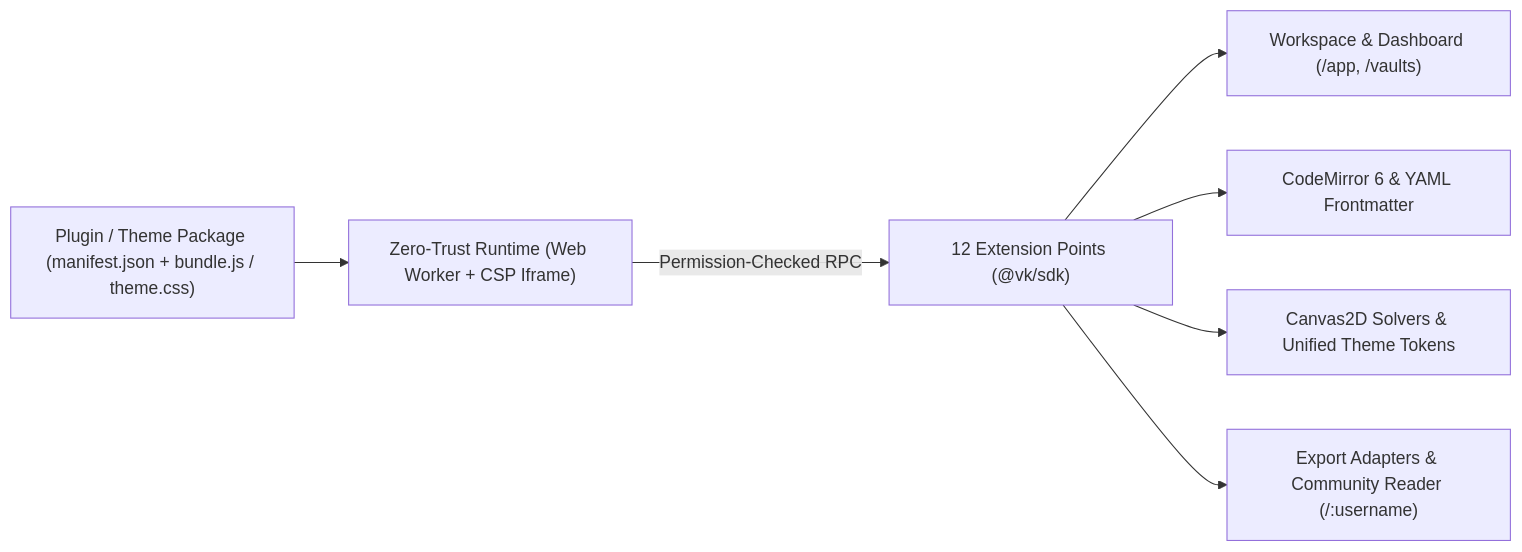
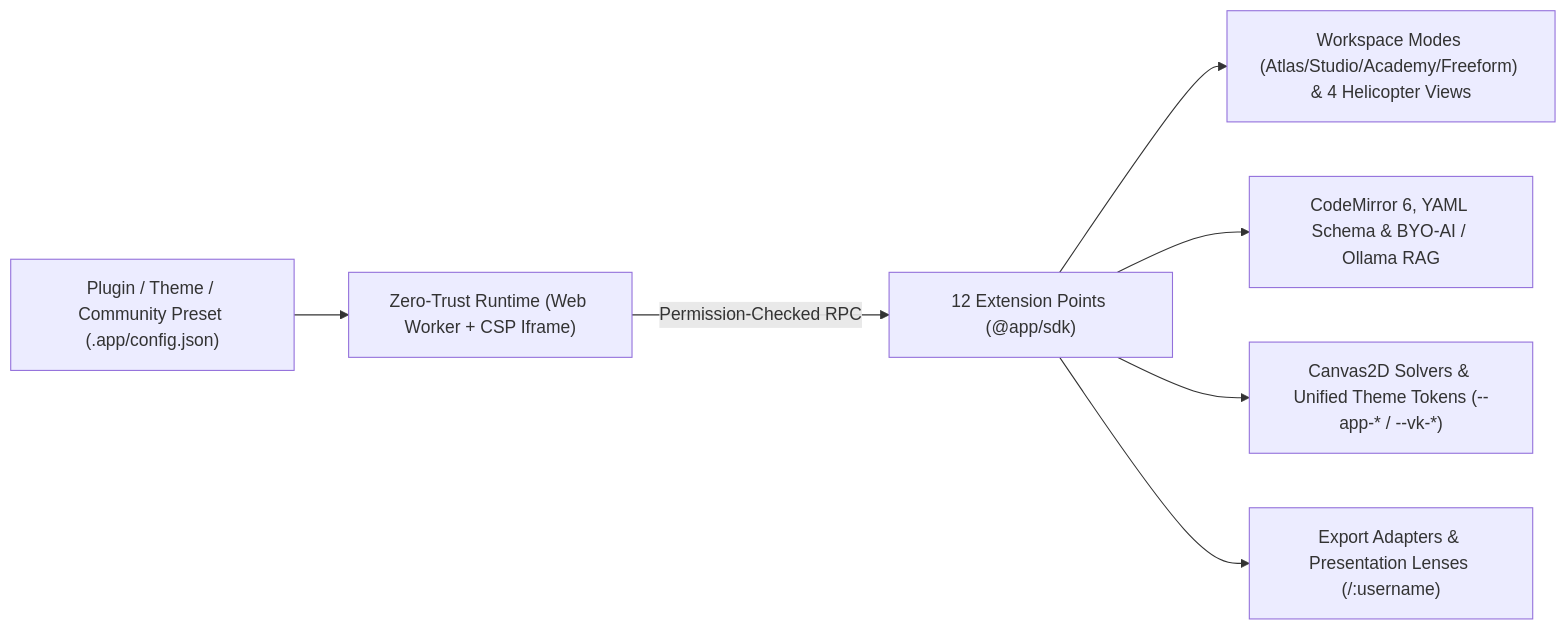
The diagram in docs/07-developers/README.md (mjd-code/obmap-meed), drawn with Mermaid before and after one commit. The commit also changed other lines of this file and 48 other files, not shown here.

````diff
--- a/docs/07-developers/README.md
+++ b/docs/07-developers/README.md
@@ -31,9 +32,9 @@
 ```mermaid
 flowchart LR
-    DEV["Plugin / Theme Package (manifest.json + bundle.js / theme.css)"] --> SANDBOX["Zero-Trust Runtime (Web Worker + CSP Iframe)"]
-    SANDBOX -->|"Permission-Checked RPC"| HOOKS["12 Extension Points (@vk/sdk)"]
-    HOOKS --> WORK["Workspace & Dashboard (/app, /vaults)"]
-    HOOKS --> ED["CodeMirror 6 & YAML Frontmatter"]
-    HOOKS --> GR["Canvas2D Solvers & Unified Theme Tokens"]
-    HOOKS --> EXP["Export Adapters & Community Reader (/:username)"]
+    DEV["Plugin / Theme / Community Preset (.app/config.json)"] --> SANDBOX["Zero-Trust Runtime (Web Worker + CSP Iframe)"]
+    SANDBOX -->|"Permission-Checked RPC"| HOOKS["12 Extension Points (@app/sdk)"]
+    HOOKS --> WORK["Workspace Modes (Atlas/Studio/Academy/Freeform) & 4 Helicopter Views"]
+    HOOKS --> ED["CodeMirror 6, YAML Schema & BYO-AI / Ollama RAG"]
+    HOOKS --> GR["Canvas2D Solvers & Unified Theme Tokens (--app-* / --vk-*)"]
+    HOOKS --> EXP["Export Adapters & Presentation Lenses (/:username)"]
 ```
````
